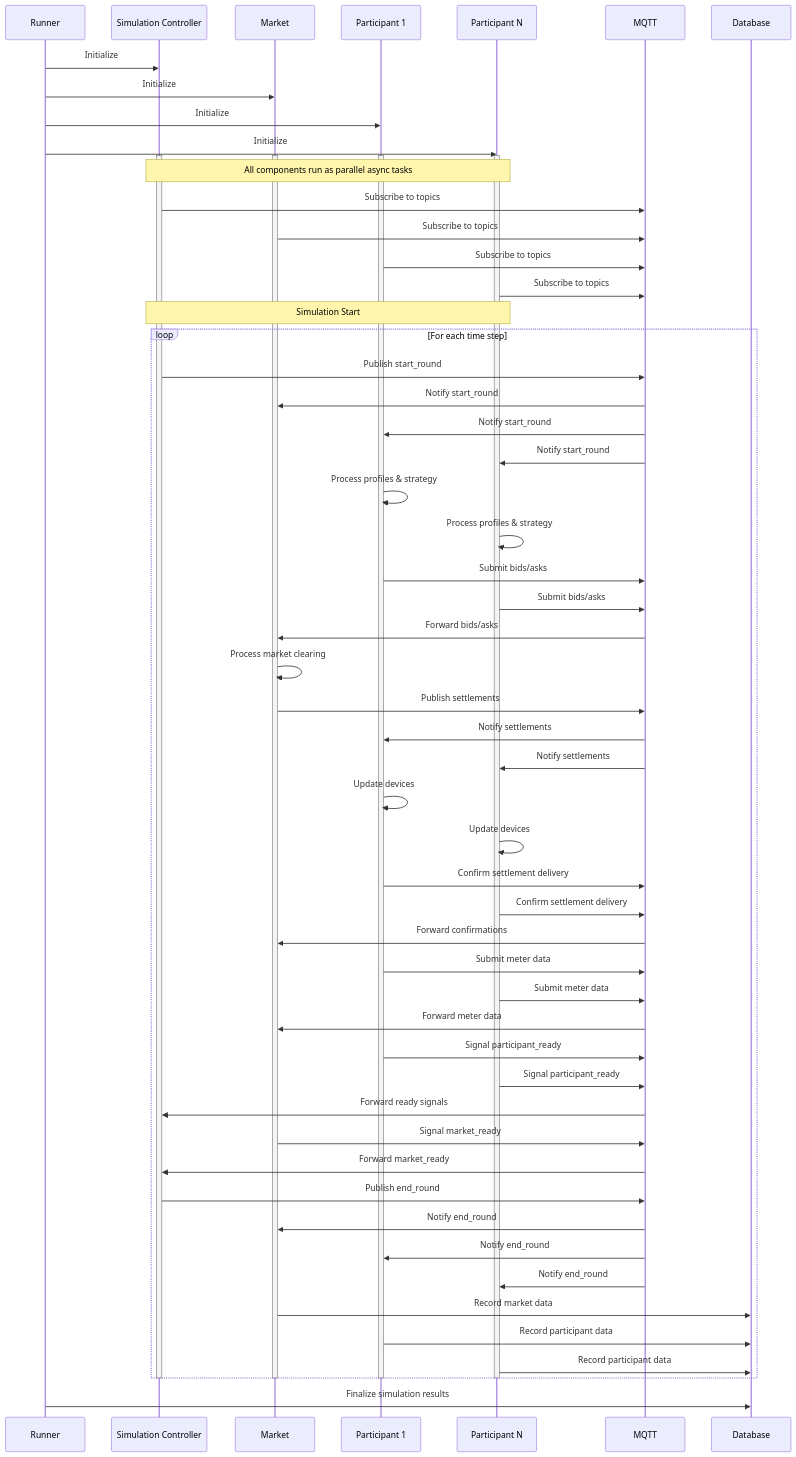
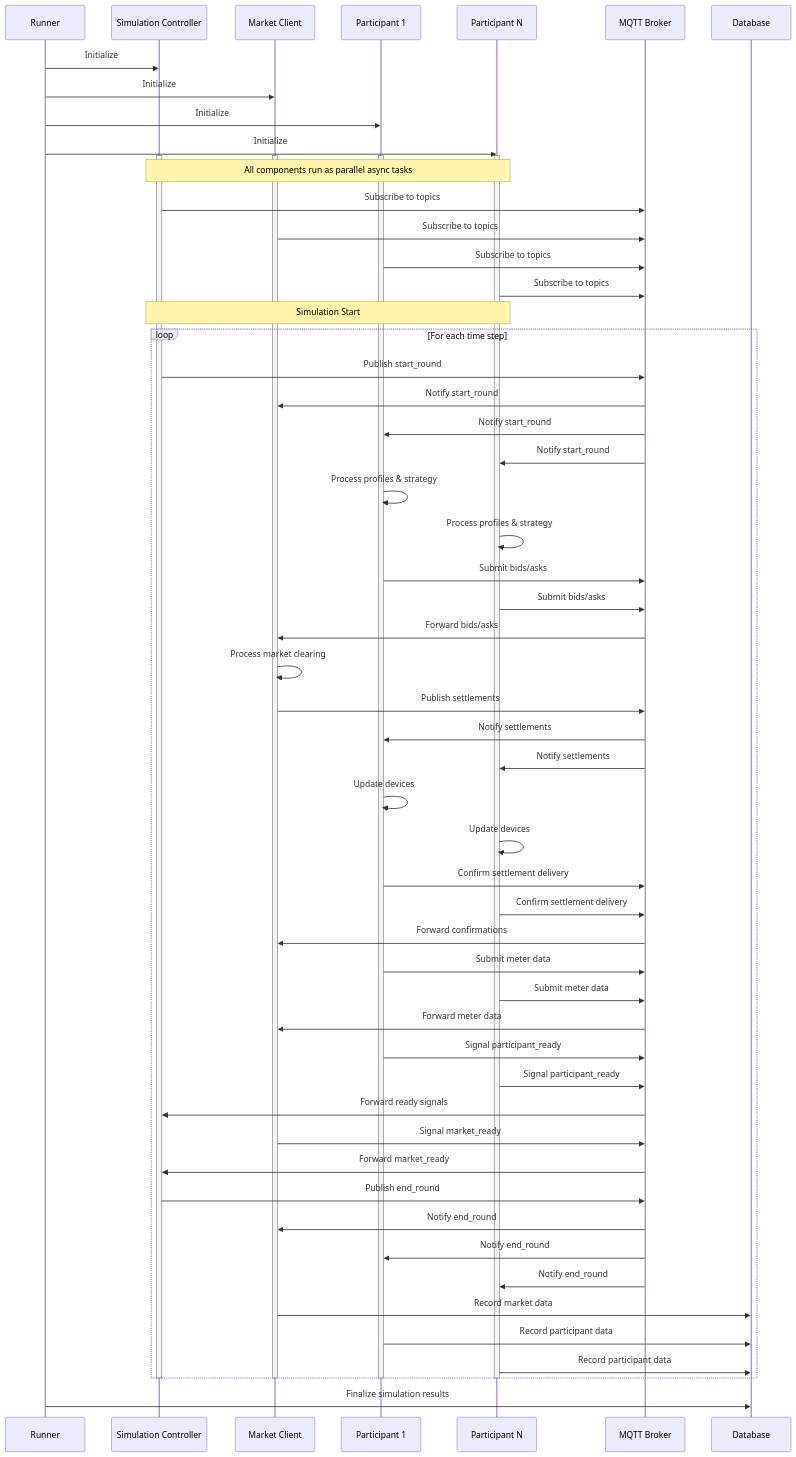
One commit to trex-ai/TREX-Core changed the fourth of 8 diagrams in trex_core_dependency_graph.md. Above: the diagram before and after it, drawn with Mermaid. The commit also changed other lines of this file and 1 other file, not shown here.

```diff
--- a/trex_core_dependency_graph.md
+++ b/trex_core_dependency_graph.md
@@ -169,10 +169,10 @@
 sequenceDiagram
     participant Runner
     participant SimController as Simulation Controller
-    participant Market
+    participant Market as Market Client
     participant Participant1 as Participant 1
     participant ParticipantN as Participant N
-    participant MQTT
+    participant MQTT as MQTT Broker
     participant DB as Database
     
     Runner->>SimController: Initialize
```
